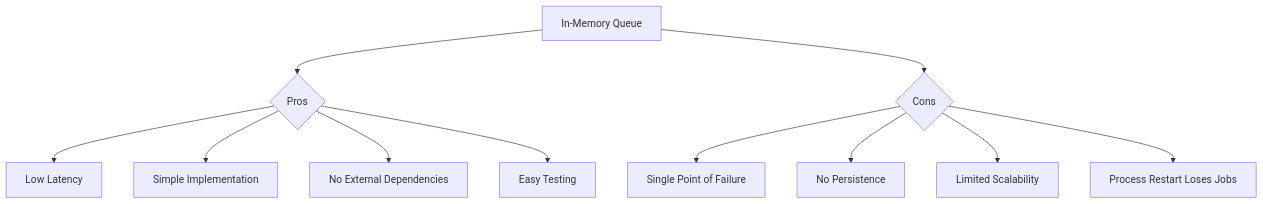
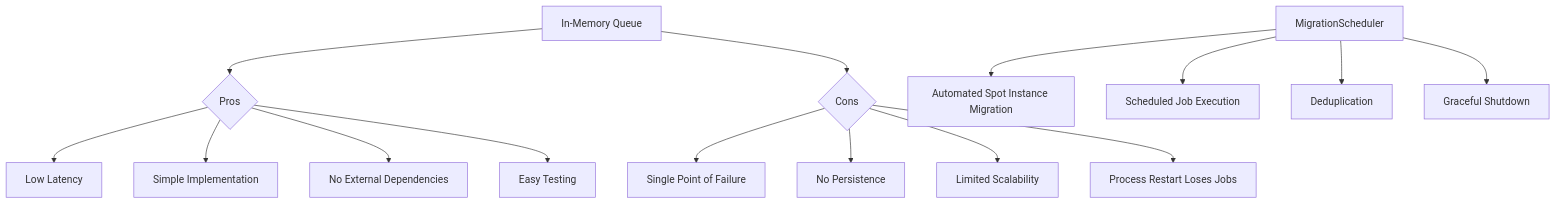
The seventh of 10 diagrams in .qoder/repowiki/en/content/Service Architecture/Job Queue Service.md (sontl/novita-ai-api), drawn with Mermaid before and after one commit. The commit also changed other lines of this file and 76 other files, not shown here.

````diff
--- a/.qoder/repowiki/en/content/Service Architecture/Job Queue Service.md
+++ b/.qoder/repowiki/en/content/Service Architecture/Job Queue Service.md
@@ -252,13 +277,17 @@
 ```mermaid
 graph TD
 A[In-Memory Queue] --> B{Pros}
 A --> C{Cons}
 B --> D[Low Latency]
 B --> E[Simple Implementation]
 B --> F[No External Dependencies]
 B --> G[Easy Testing]
 C --> H[Single Point of Failure]
 C --> I[No Persistence]
 C --> J[Limited Scalability]
 C --> K[Process Restart Loses Jobs]
+L[MigrationScheduler] --> M[Automated Spot Instance Migration]
+L --> N[Scheduled Job Execution]
+L --> O[Deduplication]
+L --> P[Graceful Shutdown]
 ```
````
